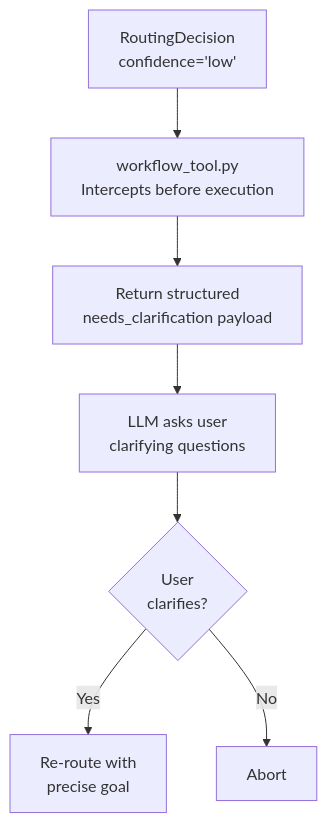
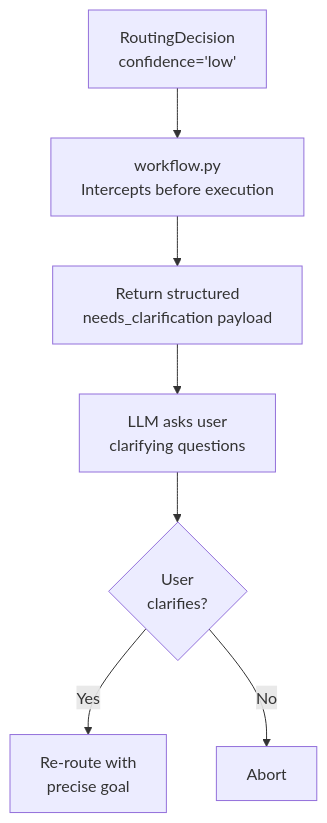
The second of 4 diagrams in docs/core/router/API.md (brunogcar/agent), drawn with Mermaid before and after one commit. The commit also changed 24 other files, not shown here.

First line of the commit message:
refactor: rename workflow_tool.py and python_exec.py for consistency

````diff
--- a/docs/core/router/API.md
+++ b/docs/core/router/API.md
@@ -132,9 +132,9 @@
 ```mermaid
 graph TD
-    A["RoutingDecision<br/>confidence='low'"] --> B["workflow_tool.py<br/>Intercepts before execution"]
+    A["RoutingDecision<br/>confidence='low'"] --> B["workflow.py<br/>Intercepts before execution"]
     B --> C["Return structured<br/>needs_clarification payload"]
     C --> D["LLM asks user<br/>clarifying questions"]
     D --> E{"User<br/>clarifies?"}
     E -->|Yes| F["Re-route with<br/>precise goal"]
     E -->|No| G["Abort"]
 ```
````
